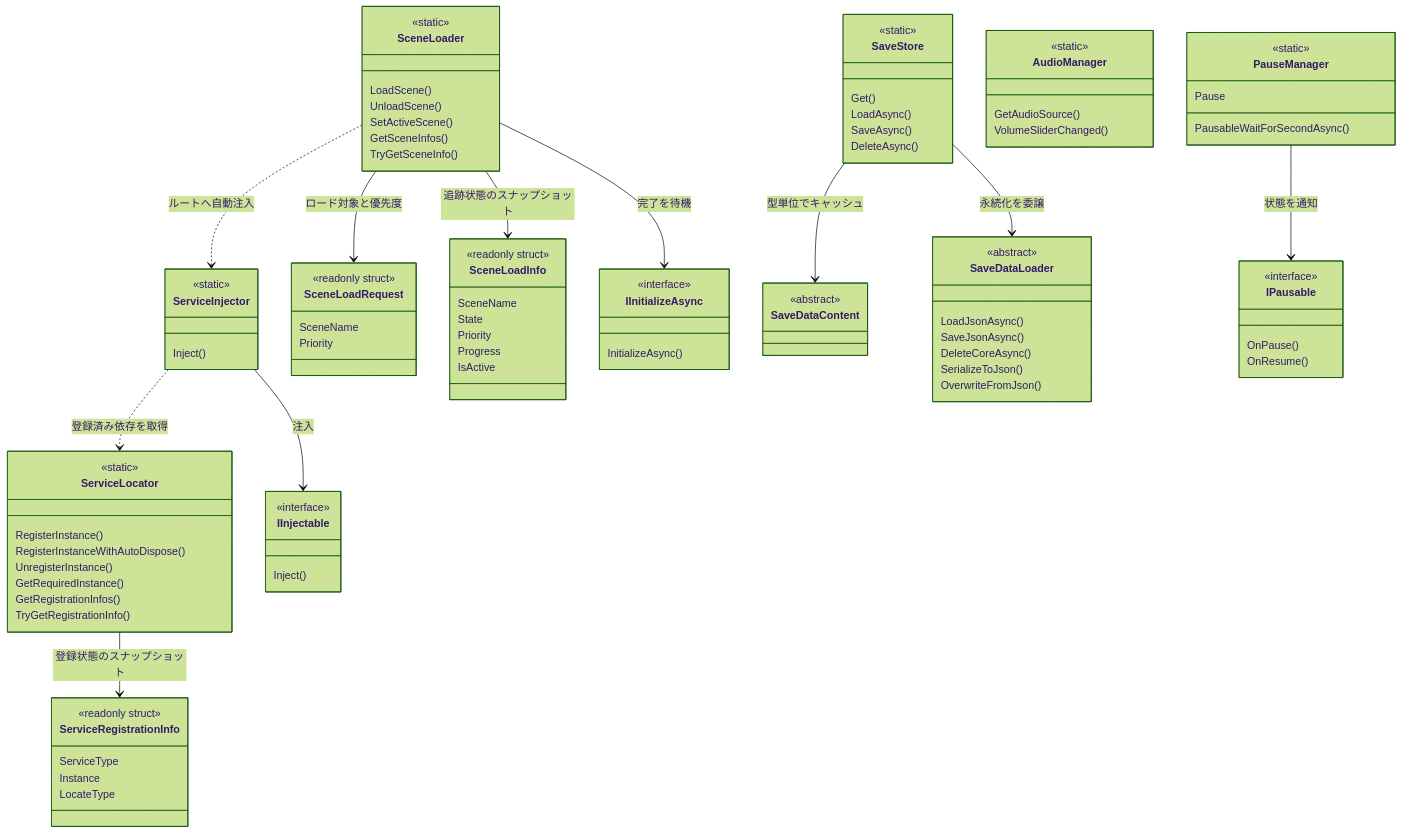
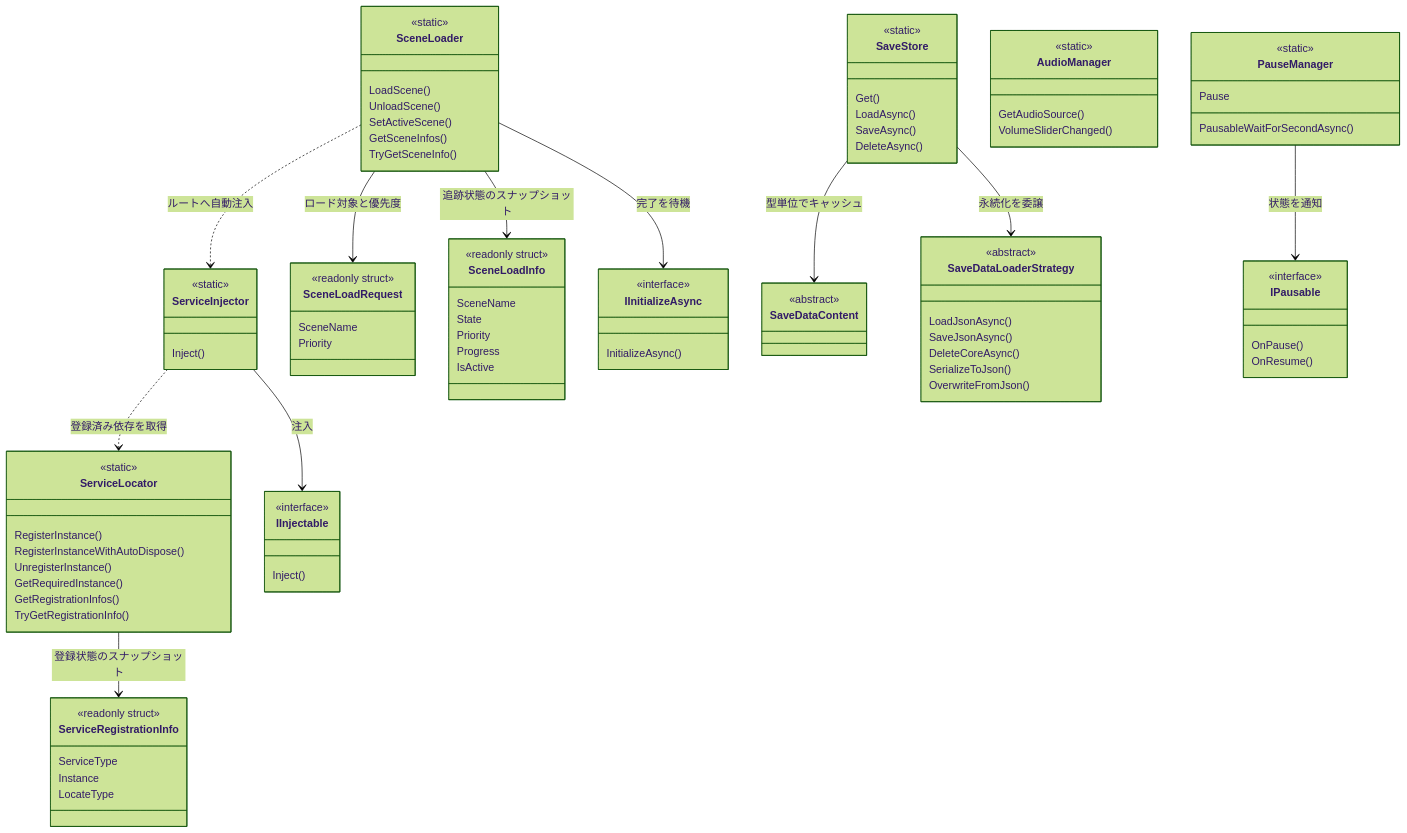
Before and after one commit to HIBIKI5201/SymphonyFramework: the third of 9 diagrams in Documentation~/Architecture.md, drawn with Mermaid (forest theme). The commit also changed other lines of this file and 28 other files, not shown here.

First line of the commit message:
[add]SaveDataLoaderをSaveDataLoaderStrategyへ改名

````diff
--- a/Documentation~/Architecture.md
+++ b/Documentation~/Architecture.md
@@ -131,7 +131,7 @@
     class SaveDataContent {
         <<abstract>>
     }
-    class SaveDataLoader {
+    class SaveDataLoaderStrategy {
         <<abstract>>
         LoadJsonAsync()
         SaveJsonAsync()
@@ -163,6 +163,6 @@
     SceneLoader ..> ServiceInjector : ルートへ自動注入
     SceneLoader --> IInitializeAsync : 完了を待機
     SaveStore --> SaveDataContent : 型単位でキャッシュ
-    SaveStore --> SaveDataLoader : 永続化を委譲
+    SaveStore --> SaveDataLoaderStrategy : 永続化を委譲
     PauseManager --> IPausable : 状態を通知
 ```
````
